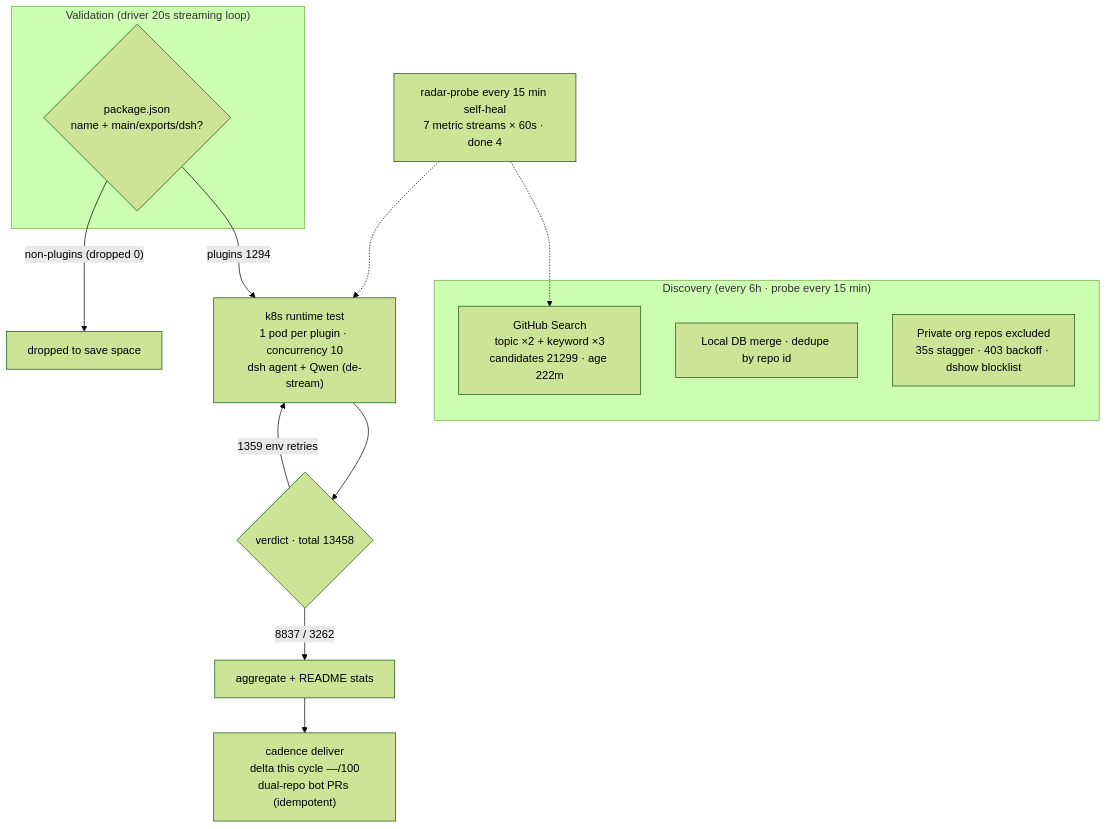
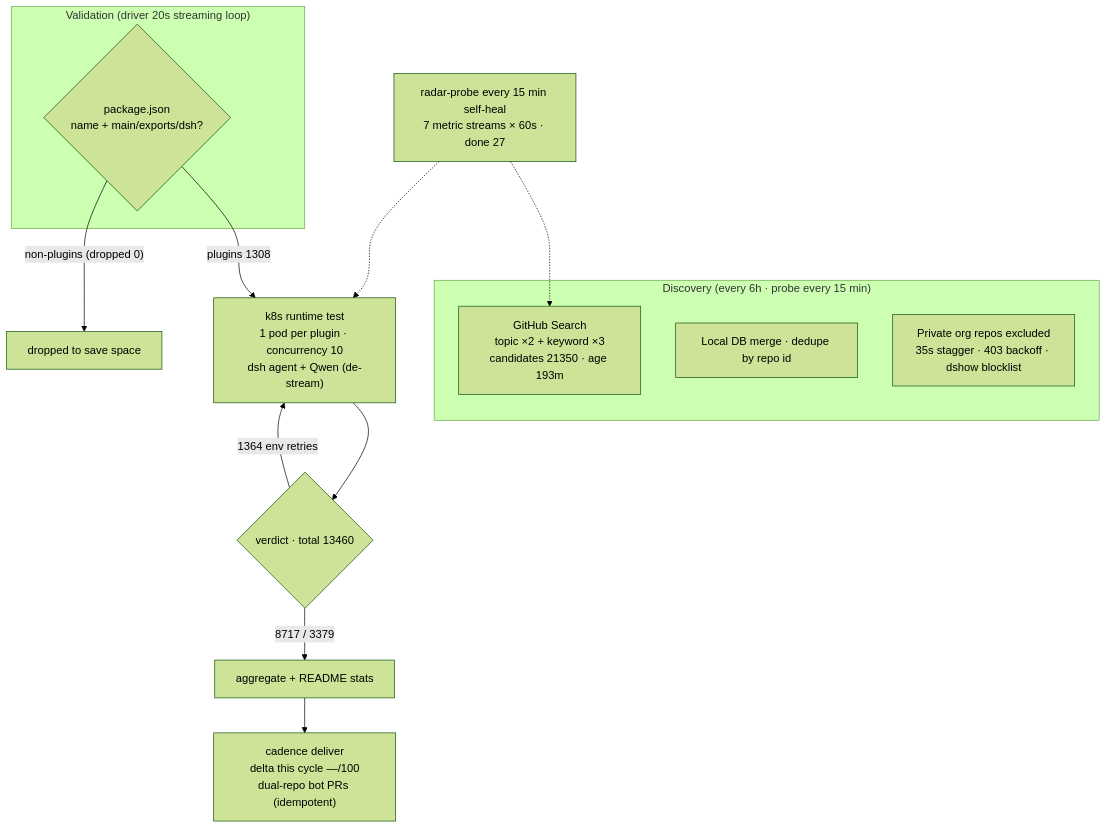
One commit to 1420079678-ctrl/dsh-plugin-radar changed the diagram in README.en-US.md. Above: the diagram before and after it, drawn with Mermaid (forest theme). The commit also changed other lines of this file and 15 other files, not shown here.

````diff
--- a/README.en-US.md
+++ b/README.en-US.md
@@ -45,20 +45,20 @@
 ```mermaid
 flowchart TB
     subgraph Discovery["Discovery (every 6h · probe every 15 min)"]
-        A1["GitHub Search<br/>topic ×2 + keyword ×3<br/>candidates 21299 · age 222m"]
+        A1["GitHub Search<br/>topic ×2 + keyword ×3<br/>candidates 21350 · age 193m"]
         A2["Local DB merge · dedupe by repo id"]
         A3["Private org repos excluded<br/>35s stagger · 403 backoff · dshow blocklist"]
     end
     subgraph Validation["Validation (driver 20s streaming loop)"]
         B1{"package.json<br/>name + main/exports/dsh?"}
     end
-    B1 -->|"plugins 1294"| C1["k8s runtime test<br/>1 pod per plugin · concurrency 10<br/>dsh agent + Qwen (de-stream)"]
+    B1 -->|"plugins 1308"| C1["k8s runtime test<br/>1 pod per plugin · concurrency 10<br/>dsh agent + Qwen (de-stream)"]
     B1 -->|"non-plugins (dropped 0)"| B3["dropped to save space"]
-    C1 --> D1{"verdict · total 13458"}
-    D1 -->|"8837 / 3262"| E1["aggregate + README stats"]
-    D1 -->|"1359 env retries"| C1
+    C1 --> D1{"verdict · total 13460"}
+    D1 -->|"8717 / 3379"| E1["aggregate + README stats"]
+    D1 -->|"1364 env retries"| C1
     E1 --> E2["cadence deliver<br/>delta this cycle —/100<br/>dual-repo bot PRs (idempotent)"]
-    M["radar-probe every 15 min self-heal<br/>7 metric streams × 60s · done 4"]
+    M["radar-probe every 15 min self-heal<br/>7 metric streams × 60s · done 27"]
     M -.-> A1
     M -.-> C1
 ```
````
